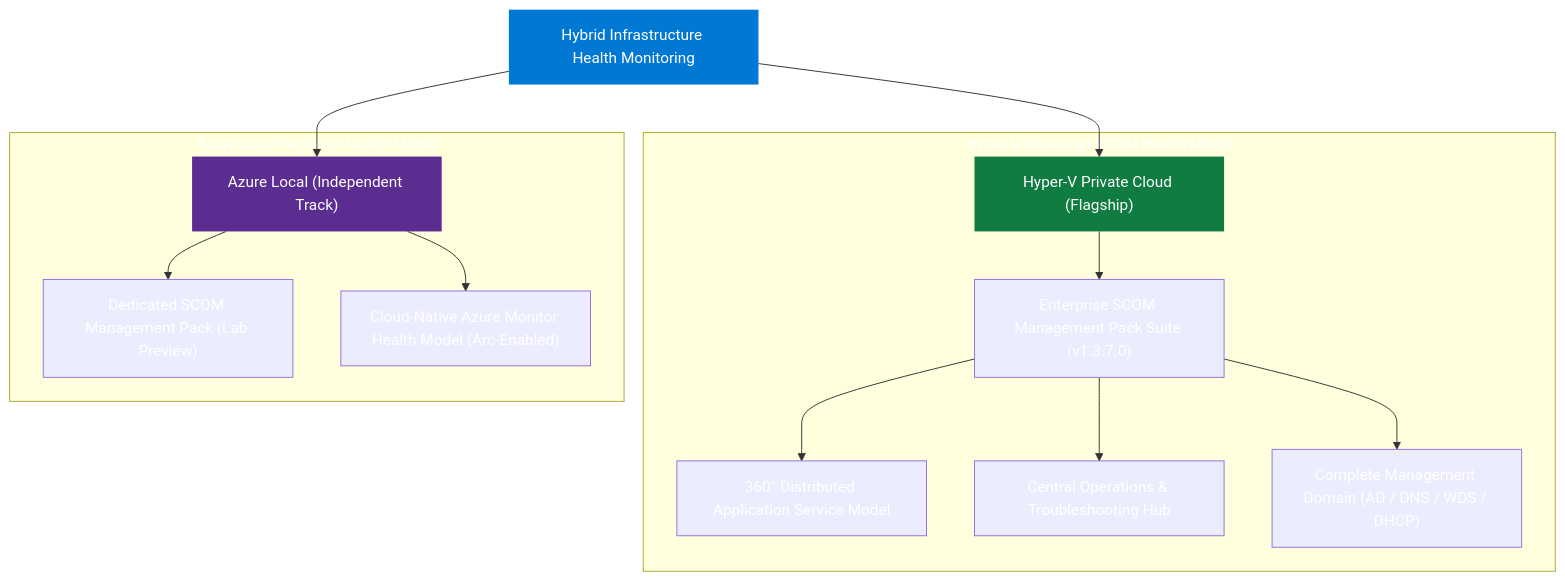
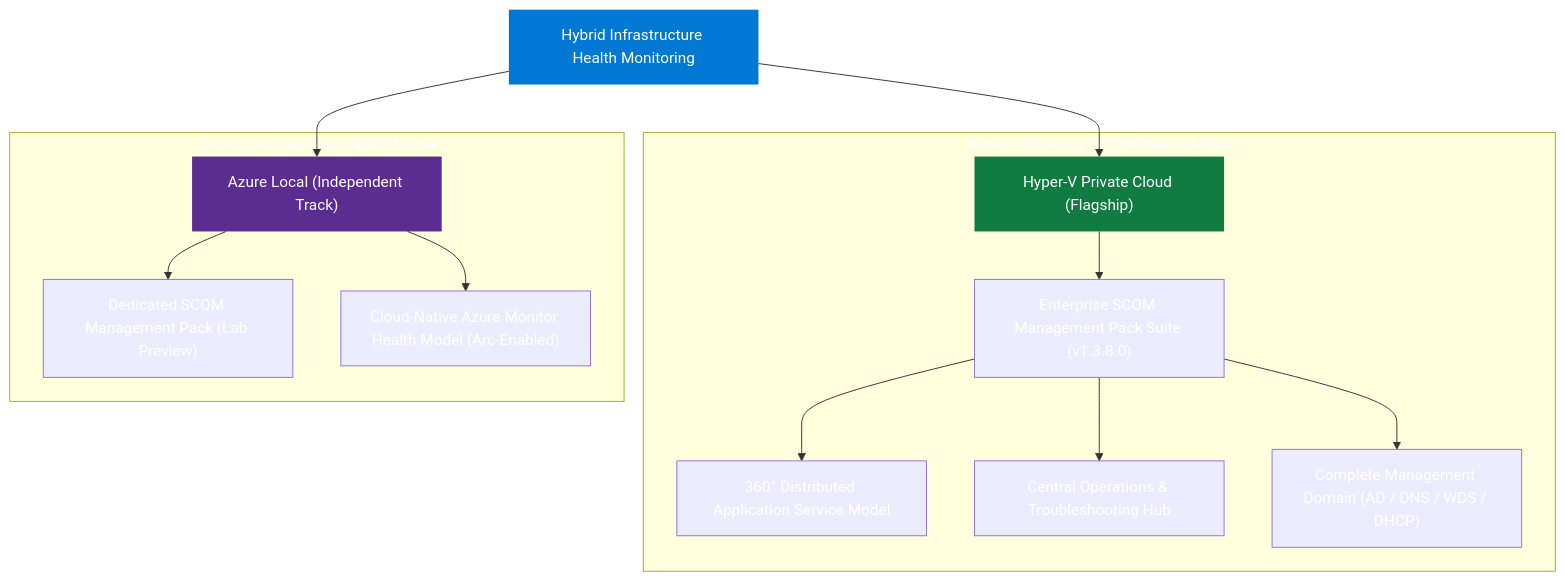
The diagram in docs/index.md (Hybrid-Solutions-Cloud/hybrid-health-monitoring), drawn with Mermaid before and after one commit. The commit also changed other lines of this file and 16 other files, not shown here.

````diff
--- a/docs/index.md
+++ b/docs/index.md
@@ -54,22 +54,22 @@
 ```mermaid
 graph TD
     Root["Hybrid Infrastructure Health Monitoring"]:::root
     Root --> HV["Hyper-V Private Cloud (Flagship)"]:::flagship
     Root --> AzL["Azure Local (Independent Track)"]:::independent
 
     subgraph HVTrack["Hyper-V Sovereign SCOM Health Model"]
-        HV --> HVS["Enterprise SCOM Management Pack Suite (v1.3.7.0)"]
+        HV --> HVS["Enterprise SCOM Management Pack Suite (v1.3.8.0)"]
         HVS --> HVDA["360° Distributed Application Service Model"]
         HVS --> HVOps["Central Operations & Troubleshooting Hub"]
         HVS --> HVMgmt["Complete Management Domain (AD / DNS / WDS / DHCP)"]
     end
 
     subgraph AzLTrack["Azure Local Separate Health Model"]
         AzL --> AzLS["Dedicated SCOM Management Pack (Lab Preview)"]
         AzL --> AzLA["Cloud-Native Azure Monitor Health Model (Arc-Enabled)"]
     end
 
     classDef root fill:#0078D4,color:#fff,stroke:none
     classDef flagship fill:#107c41,color:#fff,stroke:none
     classDef independent fill:#5c2d91,color:#fff,stroke:none
 ```
````
